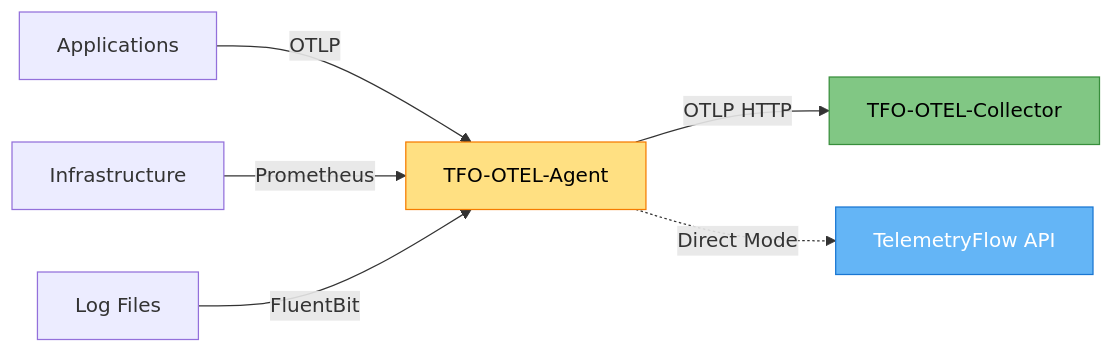
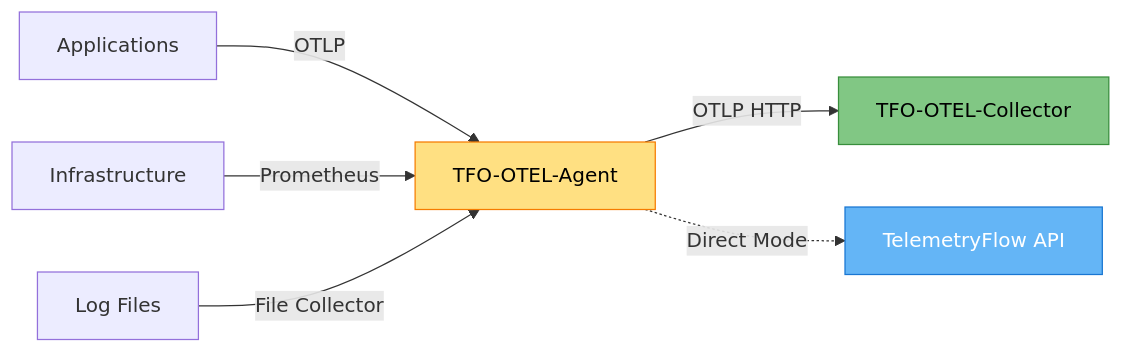
The first of 3 diagrams in tfo-otel/TFO-OTEL-AGENT.md (telemetryflow/telemetryflow-overview), drawn with Mermaid before and after one commit. The commit also changed other lines of this file and 55 other files, not shown here.

````diff
--- a/tfo-otel/TFO-OTEL-AGENT.md
+++ b/tfo-otel/TFO-OTEL-AGENT.md
@@ -38,13 +53,13 @@
 ```mermaid
 graph LR
     APP[Applications] -->|OTLP| AGENT[TFO-OTEL-Agent]
     INFRA[Infrastructure] -->|Prometheus| AGENT
-    LOGS[Log Files] -->|FluentBit| AGENT
+    LOGS[Log Files] -->|File Collector| AGENT
 
     AGENT -->|OTLP HTTP| COLLECTOR[TFO-OTEL-Collector]
     AGENT -.->|Direct Mode| TFO[TelemetryFlow API]
 
     style AGENT fill:#FFE082,stroke:#F57C00,color:#000
     style COLLECTOR fill:#81C784,stroke:#388E3C,color:#000
     style TFO fill:#64B5F6,stroke:#1976D2,color:#fff
 ```
````
